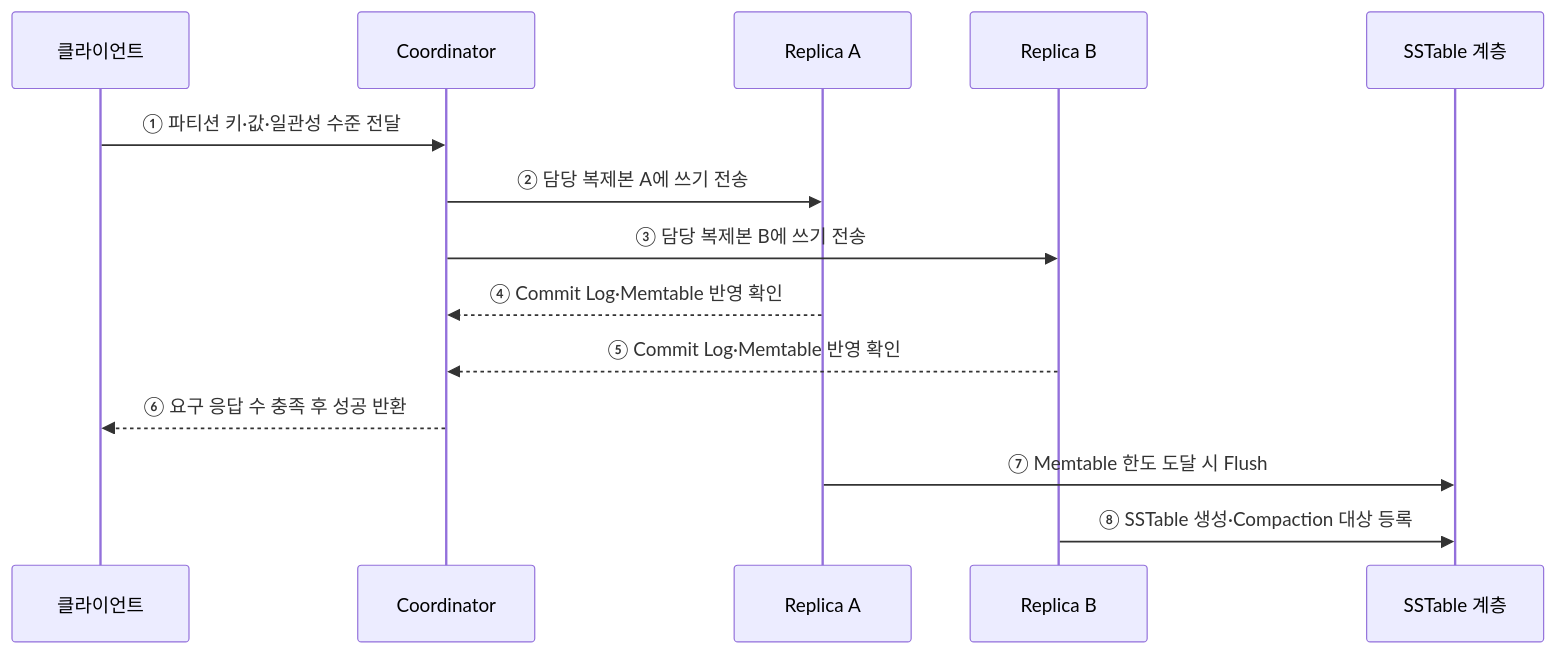
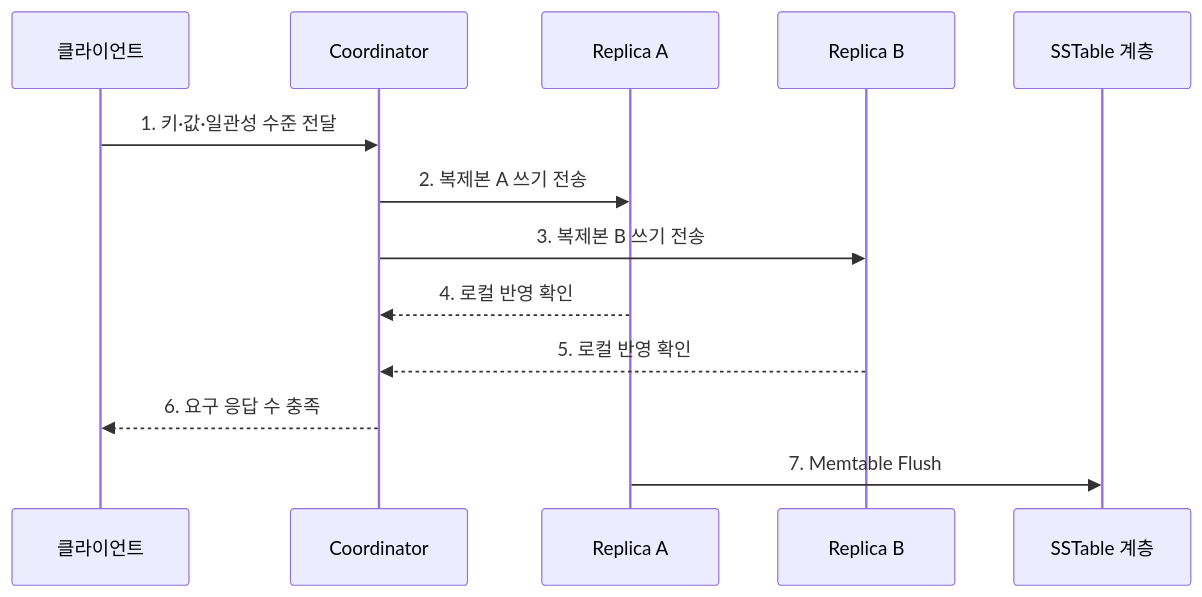
Before and after one commit to agnusdei1207/knowledge-base: the second of 2 diagrams in src/content/docs/notes/03-software/108_cassandra_column_family.md, drawn with Mermaid. The commit also changed other lines of this file and 20 other files, not shown here.

````diff
--- a/src/content/docs/notes/03-software/108_cassandra_column_family.md
+++ b/src/content/docs/notes/03-software/108_cassandra_column_family.md
@@ -83,16 +89,15 @@
 ```mermaid
 sequenceDiagram
     participant C as 클라이언트
     participant O as Coordinator
     participant A as Replica A
     participant B as Replica B
     participant S as SSTable 계층
-    C->>O: ① 파티션 키·값·일관성 수준 전달
-    O->>A: ② 담당 복제본 A에 쓰기 전송
-    O->>B: ③ 담당 복제본 B에 쓰기 전송
-    A-->>O: ④ Commit Log·Memtable 반영 확인
-    B-->>O: ⑤ Commit Log·Memtable 반영 확인
-    O-->>C: ⑥ 요구 응답 수 충족 후 성공 반환
-    A->>S: ⑦ Memtable 한도 도달 시 Flush
-    B->>S: ⑧ SSTable 생성·Compaction 대상 등록
+    C->>O: 1. 키·값·일관성 수준 전달
+    O->>A: 2. 복제본 A 쓰기 전송
+    O->>B: 3. 복제본 B 쓰기 전송
+    A-->>O: 4. 로컬 반영 확인
+    B-->>O: 5. 로컬 반영 확인
+    O-->>C: 6. 요구 응답 수 충족
+    A->>S: 7. Memtable Flush
 ```
````
